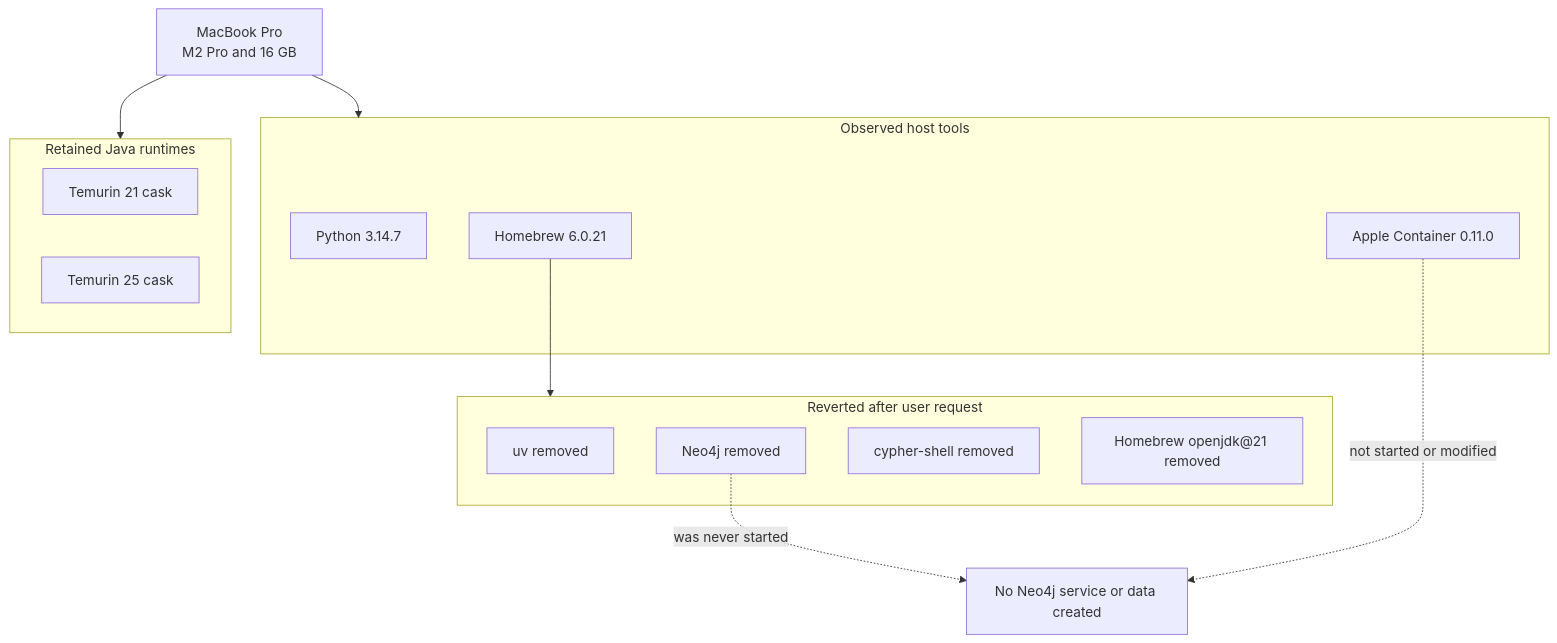
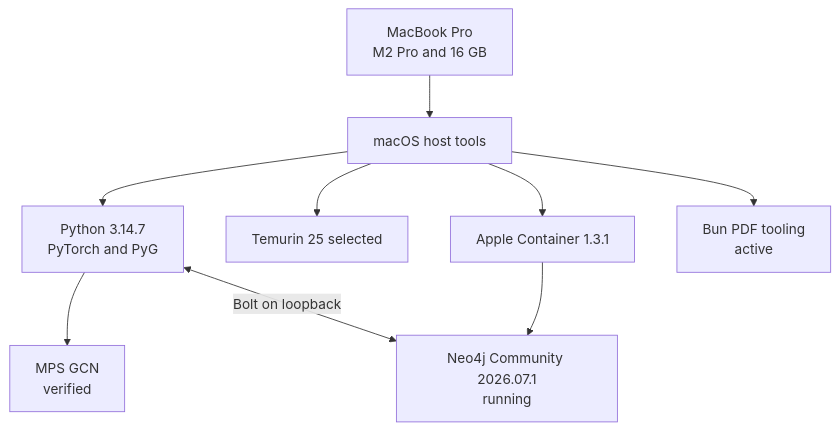
One commit to gh-andirdju/ml changed the diagram in docs/00-status/current-state.md. Above: the diagram before and after it, drawn with Mermaid. The commit also changed other lines of this file and 19 other files, not shown here.

Commit message:
Add verified local MPS and Neo4j POC

````diff
--- a/docs/00-status/current-state.md
+++ b/docs/00-status/current-state.md
@@ -16,28 +22,12 @@
 ```mermaid
 flowchart TB
     laptop[MacBook Pro<br/>M2 Pro and 16 GB]
-
-    subgraph observed[Observed host tools]
-        py[Python 3.14.7]
-        brew[Homebrew 6.0.21]
-        apple[Apple Container 0.11.0]
-    end
-
-    subgraph retained[Retained Java runtimes]
-        t21[Temurin 21 cask]
-        t25[Temurin 25 cask]
-    end
-
-    subgraph reverted[Reverted after user request]
-        uv[uv removed]
-        neo[Neo4j removed]
-        shell[cypher-shell removed]
-        oj21[Homebrew openjdk@21 removed]
-    end
-
-    laptop --> observed
-    laptop --> retained
-    brew --> reverted
-    neo -. was never started .-> stopped[No Neo4j service or data created]
-    apple -. not started or modified .-> stopped
+    laptop --> host[macOS host tools]
+    host --> python[Python 3.14.7<br/>PyTorch and PyG]
+    host --> java[Temurin 25 selected]
+    host --> apple[Apple Container 1.3.1]
+    host --> pdf[Bun PDF tooling<br/>active]
+    python --> mps[MPS GCN<br/>verified]
+    apple --> neo[Neo4j Community 2026.07.1<br/>running]
+    python <-->|Bolt on loopback| neo
 ```
````
